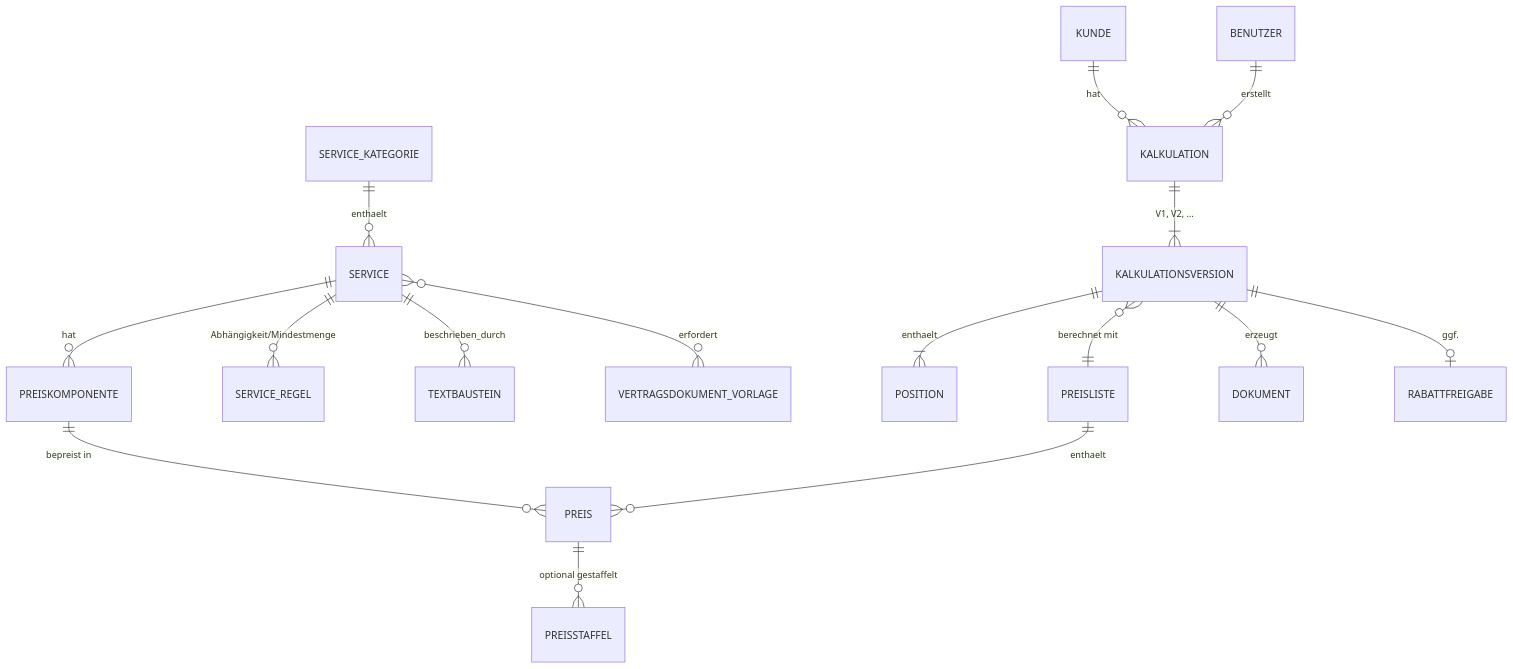
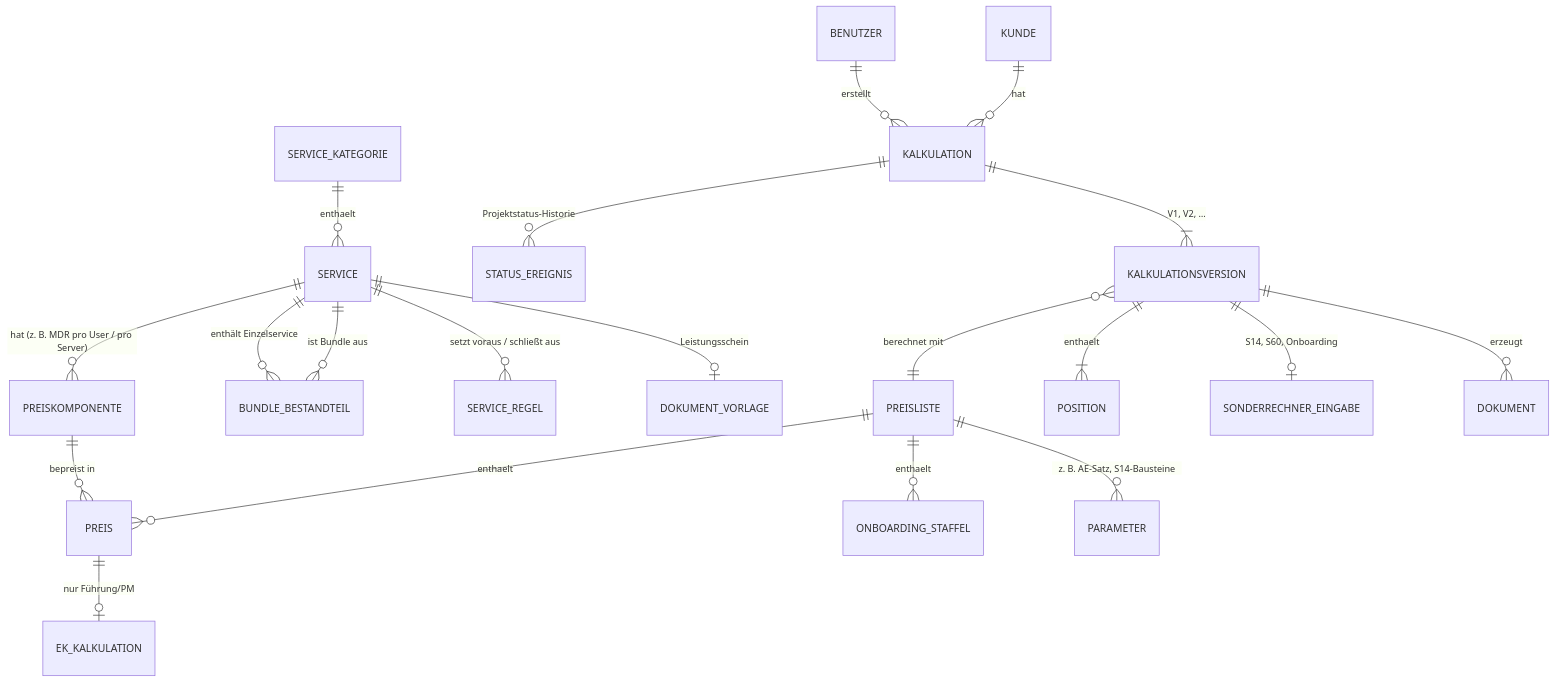
The first of 2 diagrams in docs/03_fachmodell.md (darntjen/kalkulator_web), drawn with Mermaid before and after one commit. The commit also changed other lines of this file and 10 other files, not shown here.

````diff
--- a/docs/03_fachmodell.md
+++ b/docs/03_fachmodell.md
@@ -20,19 +23,23 @@
 ```mermaid
 erDiagram
     SERVICE_KATEGORIE ||--o{ SERVICE : enthaelt
-    SERVICE ||--o{ PREISKOMPONENTE : hat
+    SERVICE ||--o{ PREISKOMPONENTE : "hat (z. B. MDR pro User / pro Server)"
+    SERVICE ||--o{ BUNDLE_BESTANDTEIL : "ist Bundle aus"
+    BUNDLE_BESTANDTEIL }o--|| SERVICE : "enthält Einzelservice"
+    SERVICE ||--o{ SERVICE_REGEL : "setzt voraus / schließt aus"
+    SERVICE ||--o| DOKUMENT_VORLAGE : "Leistungsschein"
     PREISLISTE ||--o{ PREIS : enthaelt
     PREISKOMPONENTE ||--o{ PREIS : "bepreist in"
-    PREIS ||--o{ PREISSTAFFEL : "optional gestaffelt"
-    SERVICE ||--o{ SERVICE_REGEL : "Abhängigkeit/Mindestmenge"
-    SERVICE ||--o{ TEXTBAUSTEIN : beschrieben_durch
-    SERVICE }o--o{ VERTRAGSDOKUMENT_VORLAGE : erfordert
+    PREISLISTE ||--o{ ONBOARDING_STAFFEL : enthaelt
+    PREISLISTE ||--o{ PARAMETER : "z. B. AE-Satz, S14-Bausteine"
+    PREIS ||--o| EK_KALKULATION : "nur Führung/PM"
 
     KUNDE ||--o{ KALKULATION : hat
     BENUTZER ||--o{ KALKULATION : erstellt
+    KALKULATION ||--o{ STATUS_EREIGNIS : "Projektstatus-Historie"
     KALKULATION ||--|{ KALKULATIONSVERSION : "V1, V2, …"
+    KALKULATIONSVERSION }o--|| PREISLISTE : "berechnet mit"
     KALKULATIONSVERSION ||--|{ POSITION : enthaelt
-    KALKULATIONSVERSION }o--|| PREISLISTE : "berechnet mit"
+    KALKULATIONSVERSION ||--o| SONDERRECHNER_EINGABE : "S14, S60, Onboarding"
     KALKULATIONSVERSION ||--o{ DOKUMENT : erzeugt
-    KALKULATIONSVERSION ||--o| RABATTFREIGABE : "ggf."
 ```
````
